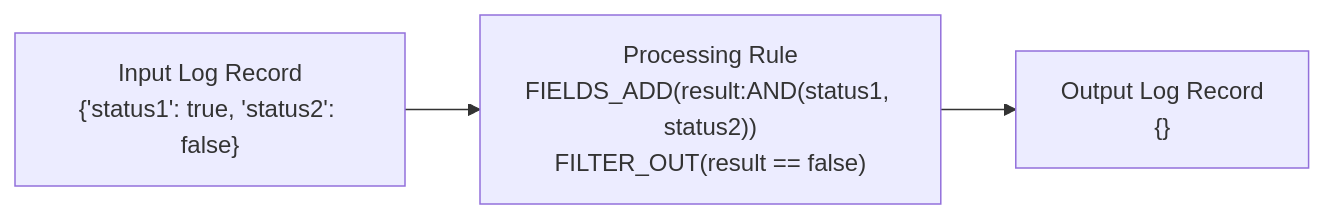
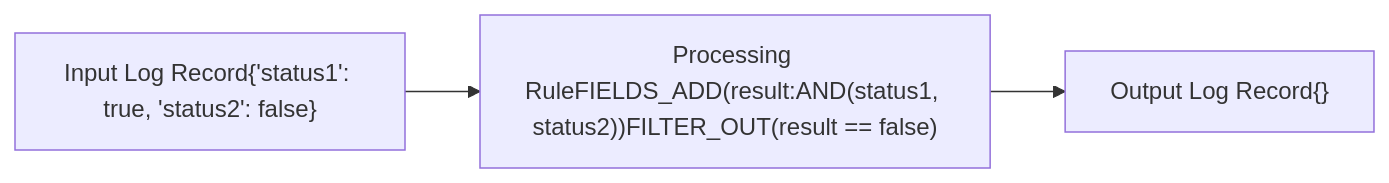
One commit to Marc-Nueno-Montolio/EC_onsite changed the eighth of 18 diagrams in app/courses/01-log-monitoring/sections/05-create-log-processing-rules/content.md. Above: the diagram before and after it, drawn with Mermaid. The commit also changed other lines of this file and 7 other files, not shown here.

````diff
--- a/app/courses/01-log-monitoring/sections/05-create-log-processing-rules/content.md
+++ b/app/courses/01-log-monitoring/sections/05-create-log-processing-rules/content.md
@@ -120,7 +126,7 @@
-	```mermaid
+```mermaid
 	graph LR
-	    id1["Input Log Record<br>{'status1': true, 'status2': false}"] -->
-	    id2["Processing Rule<br>FIELDS_ADD(result:AND(status1, status2))<br>FILTER_OUT(result == false)"] -->
-	    id3["Output Log Record<br>{}"]
-	
-	```
+	id1["Input Log Record{'status1': true, 'status2': false}"] -->
+	id2["Processing RuleFIELDS_ADD(result:AND(status1, status2))FILTER_OUT(result == false)"] -->
+	id3["Output Log Record{}"]
+
+```
````
